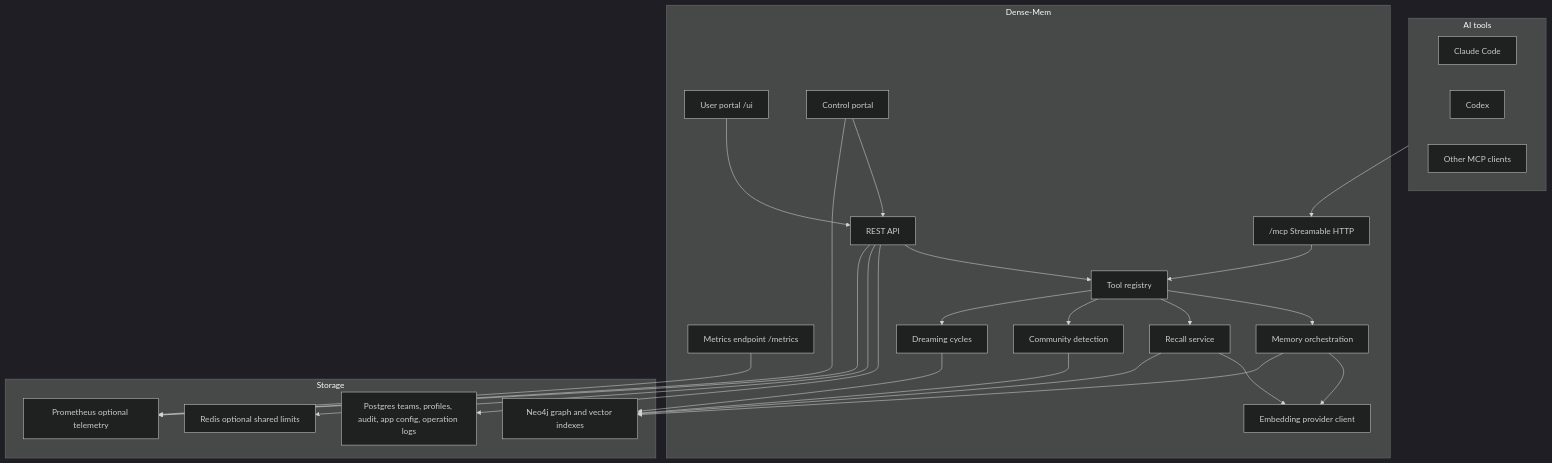
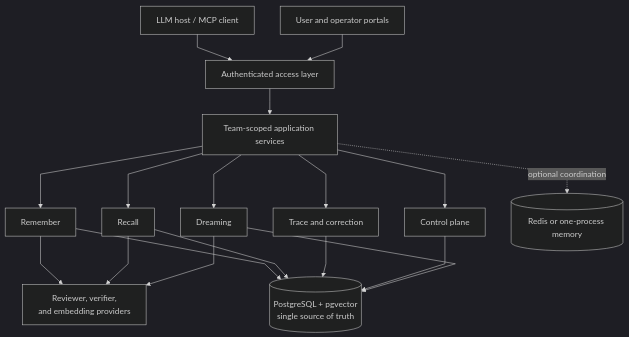
The first of 8 diagrams in Architecture.md (markhuangai/dense-mem), drawn with Mermaid (dark theme) before and after one commit. The commit also changed other lines of this file and 32 other files, not shown here.

Commit message:
Update semantic memory v2 architecture docs

````diff
--- a/Architecture.md
+++ b/Architecture.md
@@ -11,50 +12,25 @@
 ```mermaid
+%%{init: {"flowchart": {"curve": "linear"}}}%%
 flowchart TB
-  subgraph Hosts["AI tools"]
-    Claude["Claude Code"]
-    Codex["Codex"]
-    Other["Other MCP clients"]
-  end
+  Client["LLM host / MCP client"] --> Access["Authenticated access layer"]
+  Browser["User and operator portals"] --> Access
+  Access --> Services["Team-scoped application services"]
 
-  subgraph DenseMem["Dense-Mem"]
-    MCP["/mcp Streamable HTTP"]
-    REST["REST API"]
-    UserPortal["User portal /ui"]
-    Portal["Control portal"]
-    Metrics["Metrics endpoint /metrics"]
-    Registry["Tool registry"]
-    Memory["Memory orchestration"]
-    Recall["Recall service"]
-    Communities["Community detection"]
-    Dreaming["Dreaming cycles"]
-    Embeds["Embedding provider client"]
-  end
+  Services --> Remember["Remember"]
+  Services --> Recall["Recall"]
+  Services --> Trace["Trace and correction"]
+  Services --> Control["Control plane"]
+  Services --> Dream["Dreaming"]
 
-  subgraph Storage["Storage"]
-    Postgres["Postgres teams, profiles, audit, app config, operation logs"]
-    Neo4j["Neo4j graph and vector indexes"]
-    Redis["Redis optional shared limits"]
-    Prometheus["Prometheus optional telemetry"]
-  end
+  Remember --> Providers["Reviewer, verifier,<br/>and embedding providers"]
+  Recall --> Providers
+  Dream --> Providers
 
-  Hosts --> MCP
-  MCP --> Registry
-  REST --> Registry
-  UserPortal --> REST
-  Portal --> REST
-  Registry --> Memory
-  Registry --> Recall
-  Registry --> Communities
-  Registry --> Dreaming
-  Memory --> Embeds
-  Recall --> Embeds
-  Memory --> Neo4j
-  Recall --> Neo4j
-  Communities --> Neo4j
-  Dreaming --> Neo4j
-  REST --> Postgres
-  REST --> Redis
-  Metrics --> Prometheus
-  REST --> Prometheus
-  Portal --> Prometheus
+  Remember --> PG[("PostgreSQL + pgvector<br/>single source of truth")]
+  Recall --> PG
+  Trace --> PG
+  Control --> PG
+  Dream --> PG
+
+  Services -. "optional coordination" .-> Redis[("Redis or one-process memory")]
 ```
````
